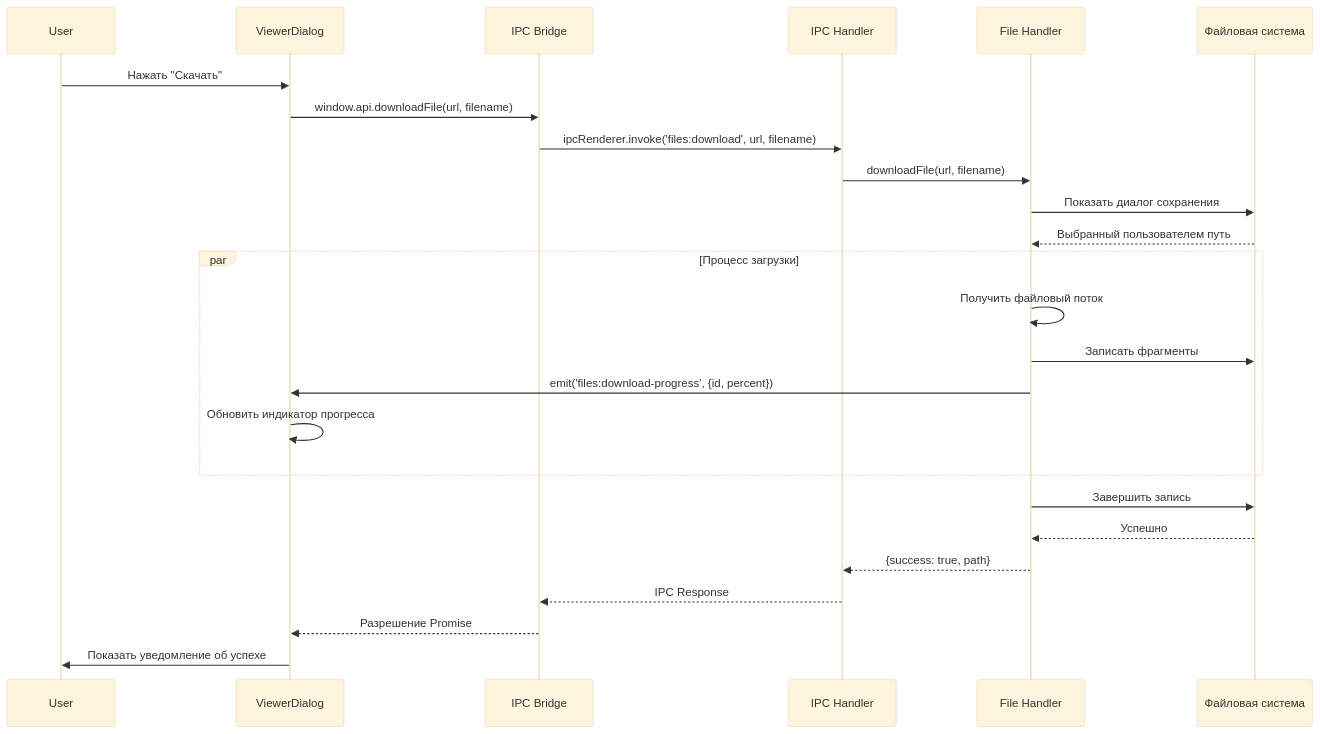
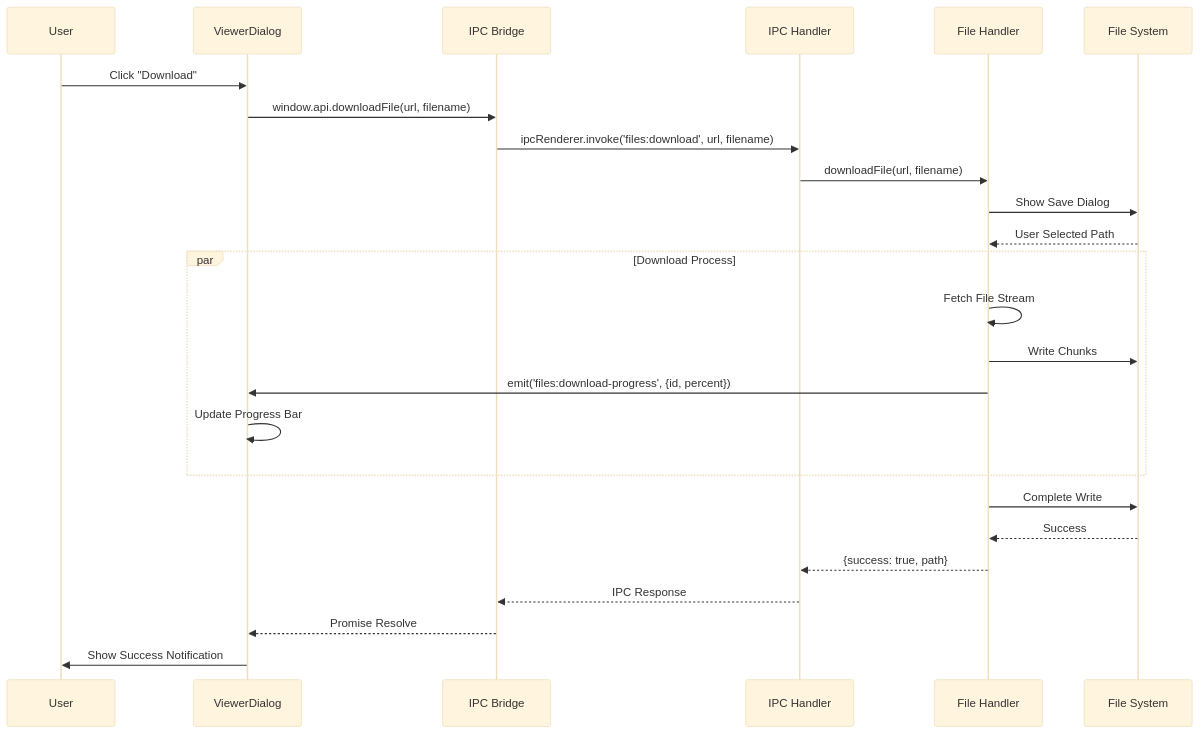
One commit to KazeKaze93/RuleDesk changed diagram 11 of 11 in .docs-i18n/ru/docs/architecture.md. Above: the diagram before and after it, drawn with Mermaid (base theme). The commit also changed other lines of this file and 8 other files, not shown here.

````diff
--- a/.docs-i18n/ru/docs/architecture.md
+++ b/.docs-i18n/ru/docs/architecture.md
@@ -1290,30 +1299,30 @@
 ```mermaid
 sequenceDiagram
     participant User
     participant Viewer as ViewerDialog
     participant Bridge as IPC Bridge
     participant IPC as IPC Handler
     participant FileHandler as File Handler
-    participant FileSystem as Файловая система
+    participant FileSystem as File System
 
-    User->>Viewer: Нажать "Скачать"
+    User->>Viewer: Click "Download"
     Viewer->>Bridge: window.api.downloadFile(url, filename)
     Bridge->>IPC: ipcRenderer.invoke('files:download', url, filename)
     IPC->>FileHandler: downloadFile(url, filename)
-    FileHandler->>FileSystem: Показать диалог сохранения
-    FileSystem-->>FileHandler: Выбранный пользователем путь
+    FileHandler->>FileSystem: Show Save Dialog
+    FileSystem-->>FileHandler: User Selected Path
 
-    par Процесс загрузки
-        FileHandler->>FileHandler: Получить файловый поток
-        FileHandler->>FileSystem: Записать фрагменты
+    par Download Process
+        FileHandler->>FileHandler: Fetch File Stream
+        FileHandler->>FileSystem: Write Chunks
         FileHandler->>Viewer: emit('files:download-progress', {id, percent})
-        Viewer->>Viewer: Обновить индикатор прогресса
+        Viewer->>Viewer: Update Progress Bar
     end
 
-    FileHandler->>FileSystem: Завершить запись
-    FileSystem-->>FileHandler: Успешно
+    FileHandler->>FileSystem: Complete Write
+    FileSystem-->>FileHandler: Success
     FileHandler-->>IPC: {success: true, path}
     IPC-->>Bridge: IPC Response
-    Bridge-->>Viewer: Разрешение Promise
-    Viewer->>User: Показать уведомление об успехе
+    Bridge-->>Viewer: Promise Resolve
+    Viewer->>User: Show Success Notification
 ```
````
